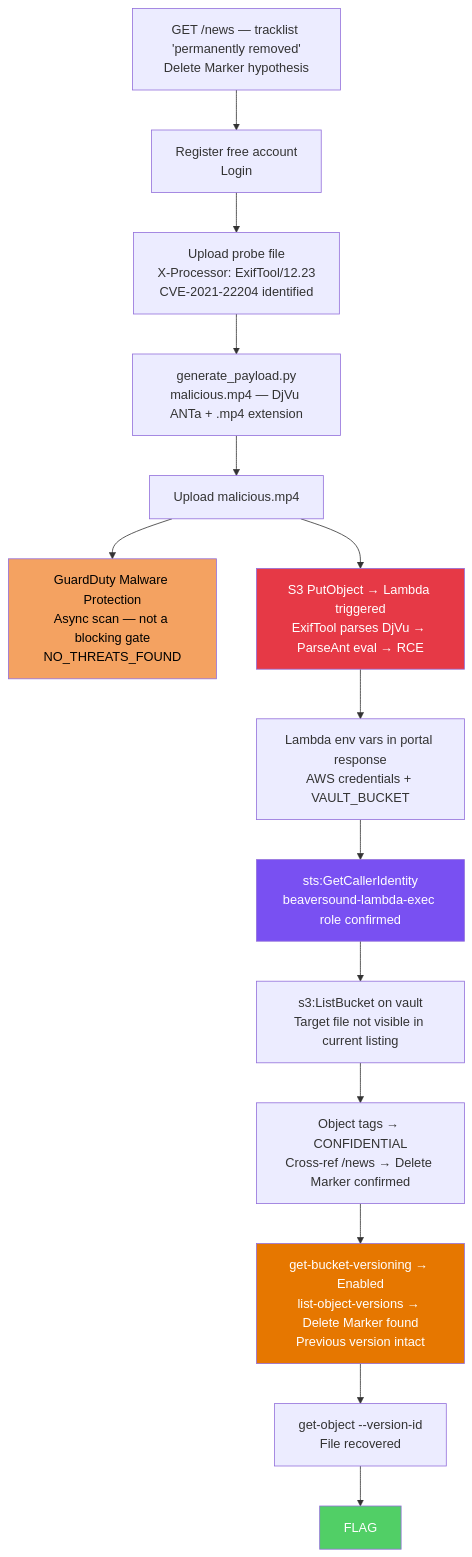
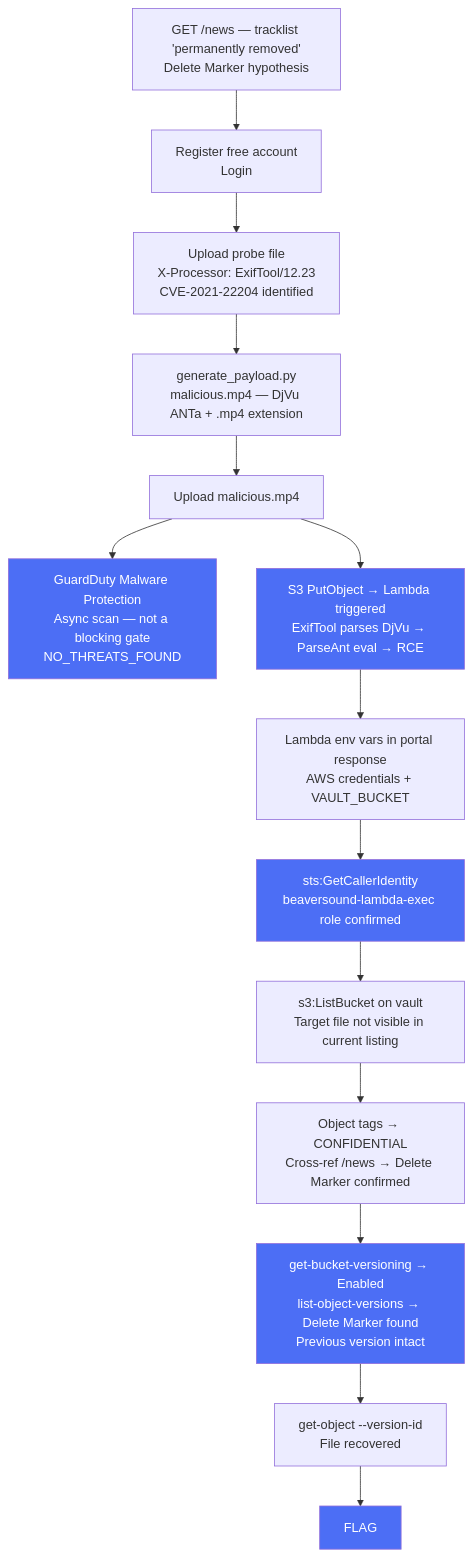
Before and after one commit to Beaver-Dam-Community/GnawLab: the diagram in scenarios/aws/07-cve/hidden-track/README.md, drawn with Mermaid.

Commit message:
fix: fix mermaid line breaks and unify node colors in hidden-track README

````diff
--- a/scenarios/aws/07-cve/hidden-track/README.md
+++ b/scenarios/aws/07-cve/hidden-track/README.md
@@ -72,22 +72,22 @@
 ```mermaid
 flowchart TB
-    A[GET /news — tracklist 'permanently removed'\nDelete Marker hypothesis] --> B[Register free account\nLogin]
-    B --> C[Upload probe file\nX-Processor: ExifTool/12.23\nCVE-2021-22204 identified]
-    C --> D[generate_payload.py\nmalicious.mp4 — DjVu ANTa + .mp4 extension]
+    A["GET /news — tracklist 'permanently removed'<br/>Delete Marker hypothesis"] --> B["Register free account<br/>Login"]
+    B --> C["Upload probe file<br/>X-Processor: ExifTool/12.23<br/>CVE-2021-22204 identified"]
+    C --> D["generate_payload.py<br/>malicious.mp4 — DjVu ANTa + .mp4 extension"]
     D --> E[Upload malicious.mp4]
-    E --> F[GuardDuty Malware Protection\nAsync scan — not a blocking gate\nNO_THREATS_FOUND]
-    E --> G[S3 PutObject → Lambda triggered\nExifTool parses DjVu → ParseAnt eval → RCE]
-    G --> H[Lambda env vars in portal response\nAWS credentials + VAULT_BUCKET]
-    H --> I[sts:GetCallerIdentity\nbeaversound-lambda-exec role confirmed]
-    I --> J[s3:ListBucket on vault\nTarget file not visible in current listing]
-    J --> K[Object tags → CONFIDENTIAL\nCross-ref /news → Delete Marker confirmed]
-    K --> L[get-bucket-versioning → Enabled\nlist-object-versions → Delete Marker found\nPrevious version intact]
-    L --> M[get-object --version-id\nFile recovered]
+    E --> F["GuardDuty Malware Protection<br/>Async scan — not a blocking gate<br/>NO_THREATS_FOUND"]
+    E --> G["S3 PutObject → Lambda triggered<br/>ExifTool parses DjVu → ParseAnt eval → RCE"]
+    G --> H["Lambda env vars in portal response<br/>AWS credentials + VAULT_BUCKET"]
+    H --> I["sts:GetCallerIdentity<br/>beaversound-lambda-exec role confirmed"]
+    I --> J["s3:ListBucket on vault<br/>Target file not visible in current listing"]
+    J --> K["Object tags → CONFIDENTIAL<br/>Cross-ref /news → Delete Marker confirmed"]
+    K --> L["get-bucket-versioning → Enabled<br/>list-object-versions → Delete Marker found<br/>Previous version intact"]
+    L --> M["get-object --version-id<br/>File recovered"]
     M --> N[FLAG]
 
-    style F fill:#f4a261,color:#000
-    style G fill:#e63946,color:#fff
-    style I fill:#7950f2,color:#fff
-    style L fill:#e67700,color:#fff
-    style N fill:#51cf66,color:#fff
+    style F fill:#4c6ef5,color:#fff
+    style G fill:#4c6ef5,color:#fff
+    style I fill:#4c6ef5,color:#fff
+    style L fill:#4c6ef5,color:#fff
+    style N fill:#4c6ef5,color:#fff
 ```
````
